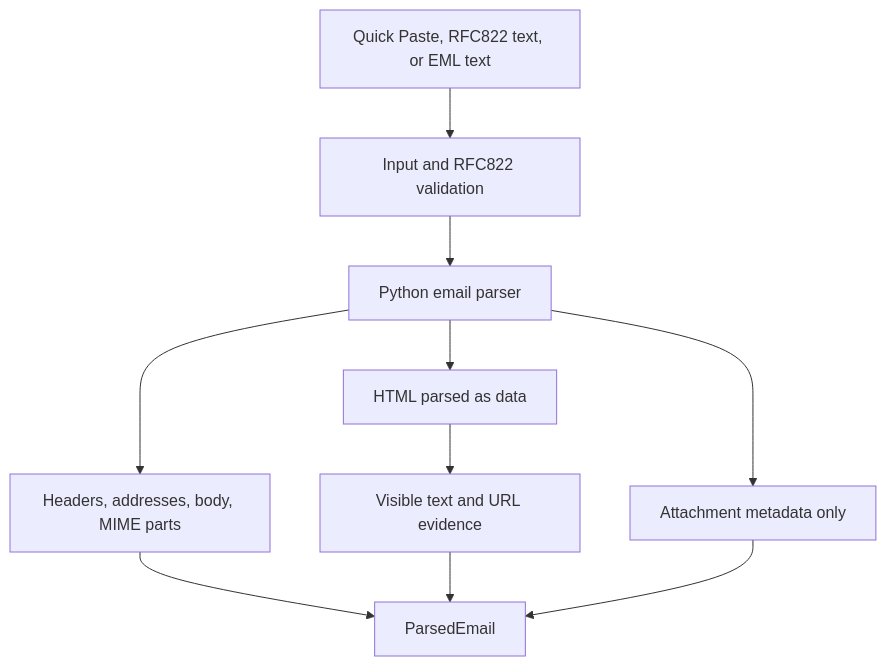
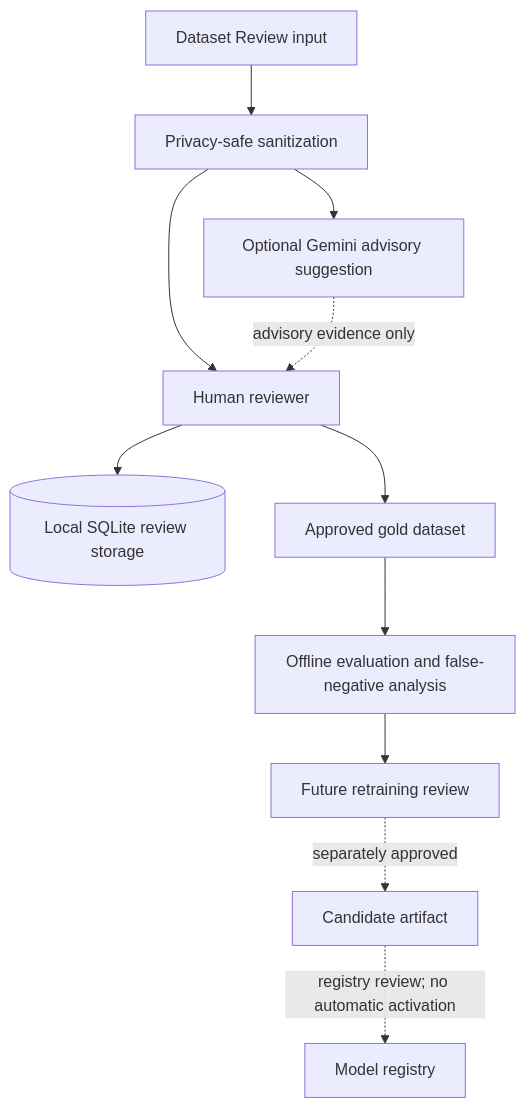
One commit to Nitin-Polistya/phishphage-ai changed the second of 3 diagrams in docs/ARCHITECTURE.md. Above: the diagram before and after it, drawn with Mermaid. The commit also changed other lines of this file and 11 other files, not shown here.

````diff
--- a/docs/ARCHITECTURE.md
+++ b/docs/ARCHITECTURE.md
@@ -41,12 +36,13 @@
 ```mermaid
 flowchart TD
-  input[Quick Paste, RFC822 text, or EML text] --> bounds[Input and RFC822 validation]
-  bounds --> mime[Python email parser]
-  mime --> fields[Headers, addresses, body, MIME parts]
-  mime --> html[HTML parsed as data]
-  html --> visible[Visible text and URL evidence]
-  mime --> attachments[Attachment metadata only]
-  fields --> normalized[ParsedEmail]
-  visible --> normalized
-  attachments --> normalized
+    source[Dataset Review input] --> sanitize[Privacy-safe sanitization]
+    sanitize --> suggestion[Optional Gemini advisory suggestion]
+    sanitize --> reviewer[Human reviewer]
+    suggestion -. advisory evidence only .-> reviewer
+    reviewer --> sqlite[(Local SQLite review storage)]
+    reviewer --> gold[Approved gold dataset]
+    gold --> evaluation[Offline evaluation and false-negative analysis]
+    evaluation --> future[Future retraining review]
+    future -. separately approved .-> candidate[Candidate artifact]
+    candidate -. registry review; no automatic activation .-> registry[Model registry]
 ```
````
